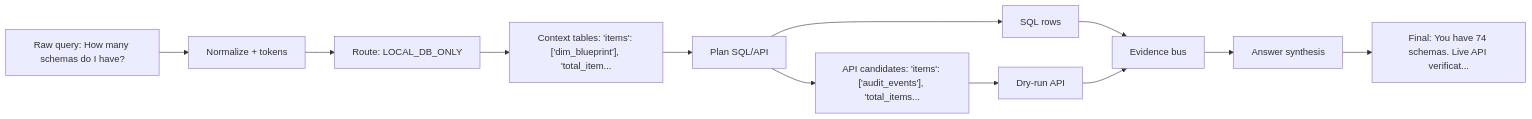
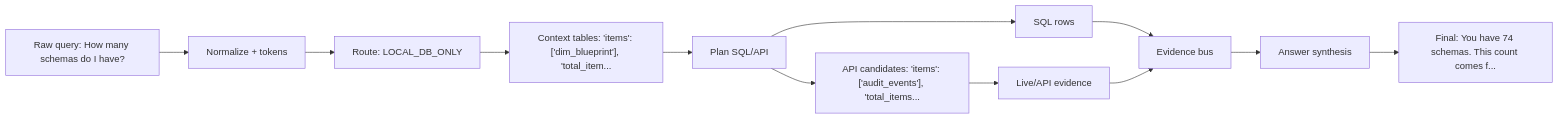
One commit to dashsys-workshop-vldb/dashsys-workshop-vldb.github.io changed the diagram in outputs/visualizations/query_example_011_dataflow.md. Above: the diagram before and after it, drawn with Mermaid. The commit also changed other lines of this file and 662 other files, not shown here.

````diff
--- a/outputs/visualizations/query_example_011_dataflow.md
+++ b/outputs/visualizations/query_example_011_dataflow.md
@@ -17,14 +17,14 @@
 ```mermaid
 flowchart LR
   Q["Raw query: How many schemas do I have?"] --> N["Normalize + tokens"]
   N --> R["Route: LOCAL_DB_ONLY"]
   R --> C["Context tables: 'items': ['dim_blueprint'], 'total_item..."]
   C --> P["Plan SQL/API"]
   P --> S["SQL rows"]
   P --> A["API candidates: 'items': ['audit_events'], 'total_items..."]
-  A --> E["Dry-run API"]
+  A --> E["Live/API evidence"]
   S --> V["Evidence bus"]
   E --> V
   V --> H["Answer synthesis"]
-  H --> F["Final: You have 74 schemas. Live API verificat..."]
+  H --> F["Final: You have 74 schemas. This count comes f..."]
 ```
````
